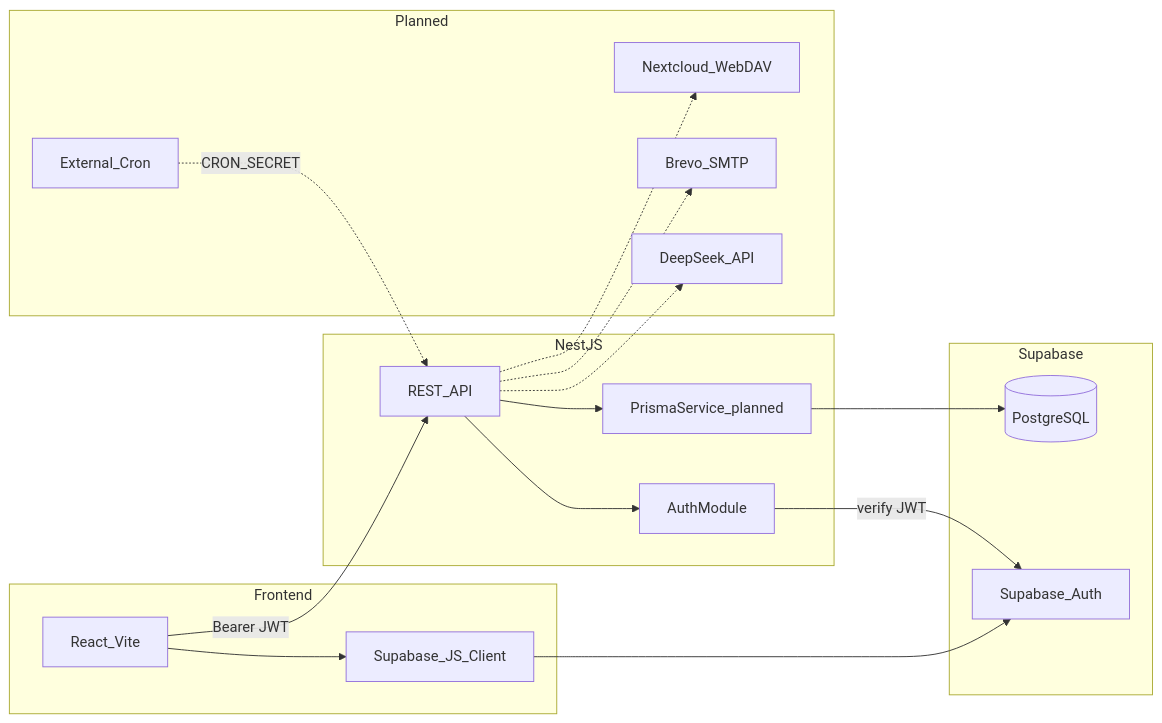
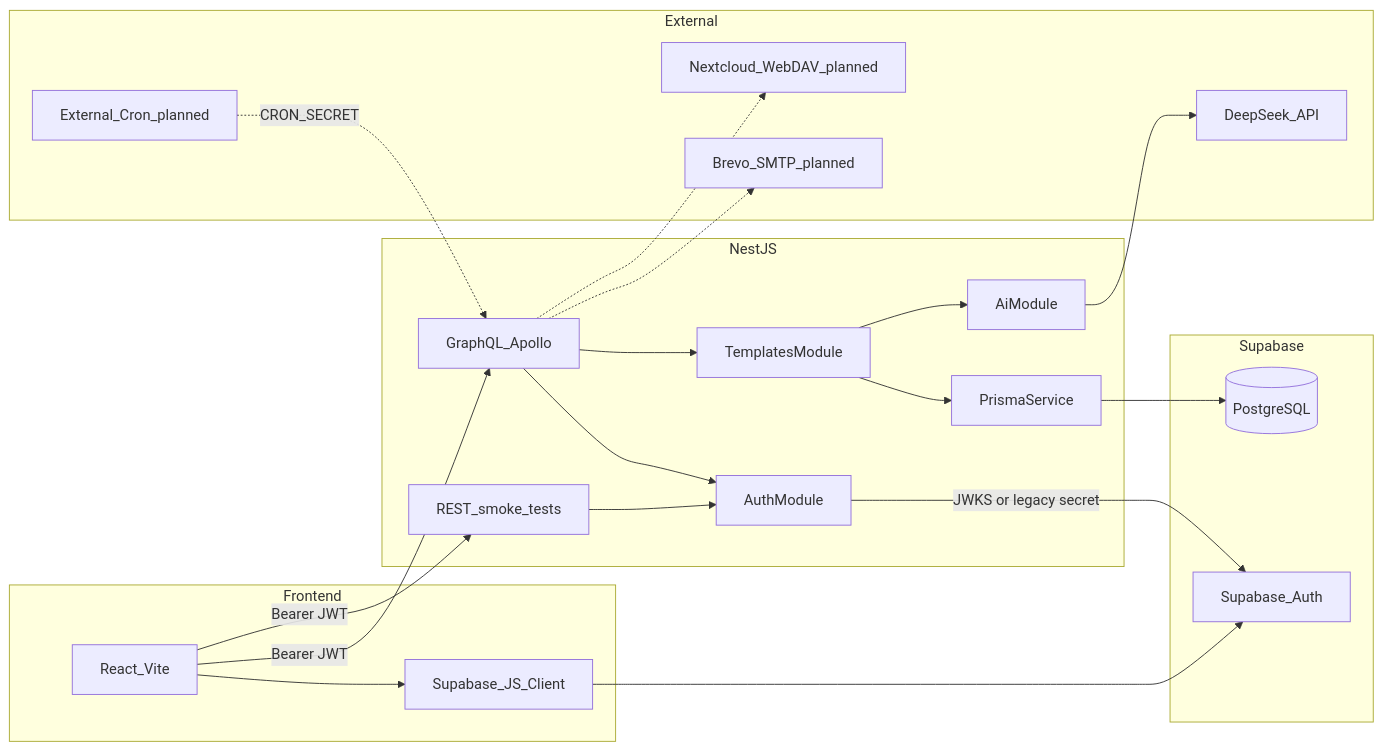
The first of 4 diagrams in docs/architecture.md (PatrykS-ORG/expenses-tracking-backend), drawn with Mermaid before and after one commit. The commit also changed other lines of this file and 33 other files, not shown here.

````diff
--- a/docs/architecture.md
+++ b/docs/architecture.md
@@ -7,33 +7,40 @@
 ```mermaid
 flowchart LR
   subgraph client [Frontend]
     React[React_Vite]
     SupaClient[Supabase_JS_Client]
   end
   subgraph backend [NestJS]
-    API[REST_API]
+    GQL[GraphQL_Apollo]
+    REST[REST_smoke_tests]
     AuthMod[AuthModule]
-    PrismaSvc[PrismaService_planned]
+    PrismaSvc[PrismaService]
+    TemplatesMod[TemplatesModule]
+    AiMod[AiModule]
   end
   subgraph supabase [Supabase]
     SupaAuth[Supabase_Auth]
     Postgres[(PostgreSQL)]
   end
-  subgraph external [Planned]
+  subgraph external [External]
     DeepSeek[DeepSeek_API]
-    Brevo[Brevo_SMTP]
-    NC[Nextcloud_WebDAV]
-    Cron[External_Cron]
+    Brevo[Brevo_SMTP_planned]
+    NC[Nextcloud_WebDAV_planned]
+    Cron[External_Cron_planned]
   end
   React --> SupaClient
   SupaClient --> SupaAuth
-  React -->|"Bearer JWT"| API
-  API --> AuthMod
-  AuthMod -->|"verify JWT"| SupaAuth
-  API --> PrismaSvc
+  React -->|"Bearer JWT"| GQL
+  React -->|"Bearer JWT"| REST
+  GQL --> AuthMod
+  REST --> AuthMod
+  AuthMod -->|"JWKS or legacy secret"| SupaAuth
+  GQL --> TemplatesMod
+  TemplatesMod --> PrismaSvc
+  TemplatesMod --> AiMod
+  AiMod --> DeepSeek
   PrismaSvc --> Postgres
-  API -.-> DeepSeek
-  API -.-> Brevo
-  API -.-> NC
-  Cron -.->|"CRON_SECRET"| API
+  GQL -.-> Brevo
+  GQL -.-> NC
+  Cron -.->|"CRON_SECRET"| GQL
 ```
````
